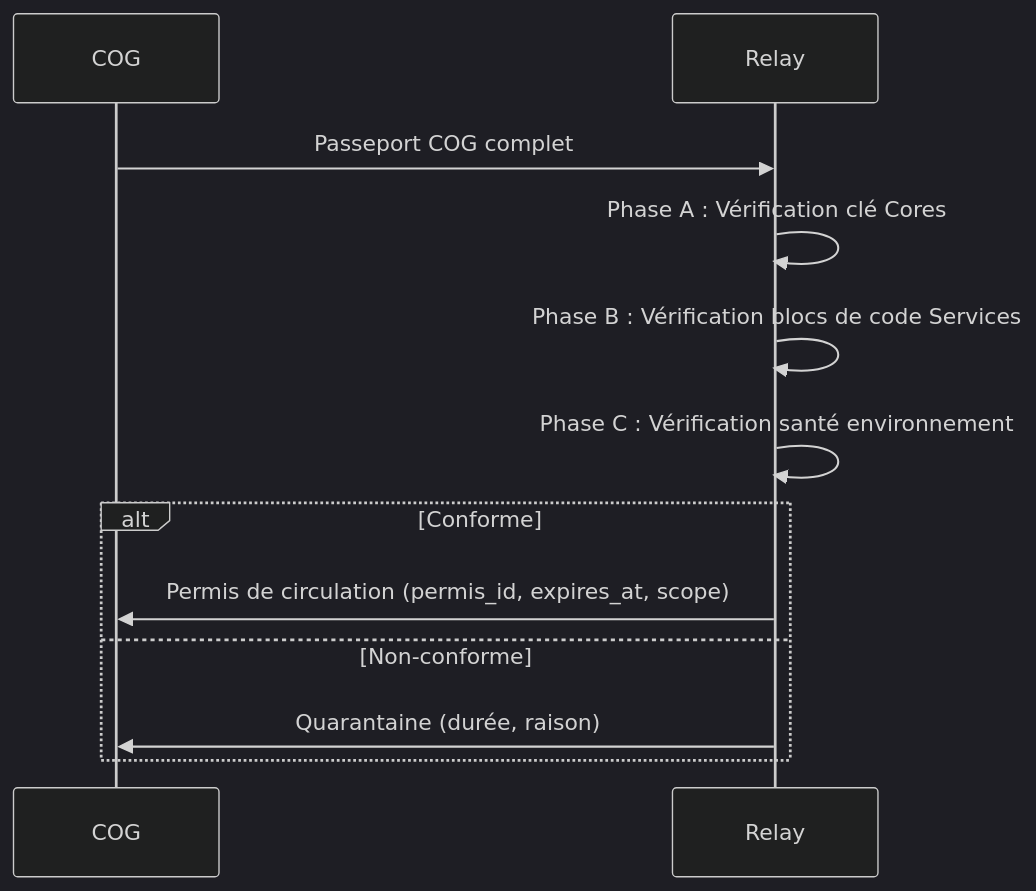
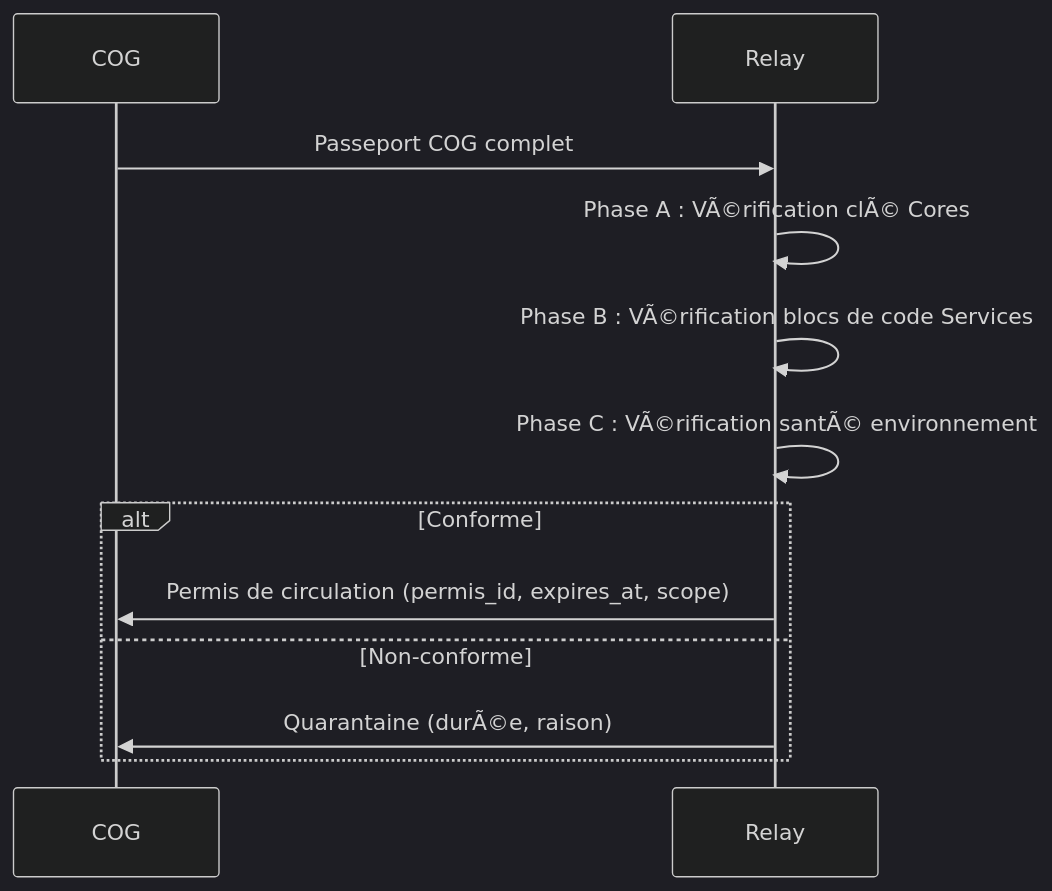
The fourth of 7 diagrams in docs/miyukini-webway-system/verification/MWS - Passeport et Visa.md (StudioMiyukini/miyukini_cog), drawn with Mermaid (dark theme) before and after one commit. The commit also changed other lines of this file and 1287 other files, not shown here.

````diff
--- a/docs/miyukini-webway-system/verification/MWS - Passeport et Visa.md
+++ b/docs/miyukini-webway-system/verification/MWS - Passeport et Visa.md
@@ -389,15 +389,15 @@
 ```mermaid
 sequenceDiagram
     participant COG as COG
     participant R as Relay
 
     COG->>R: Passeport COG complet
-    R->>R: Phase A : Vérification clé Cores
-    R->>R: Phase B : Vérification blocs de code Services
-    R->>R: Phase C : Vérification santé environnement
+    R->>R: Phase A : VÃ©rification clÃ© Cores
+    R->>R: Phase B : VÃ©rification blocs de code Services
+    R->>R: Phase C : VÃ©rification santÃ© environnement
     alt Conforme
         R->>COG: Permis de circulation (permis_id, expires_at, scope)
     else Non-conforme
-        R->>COG: Quarantaine (durée, raison)
+        R->>COG: Quarantaine (durÃ©e, raison)
     end
 ```
````
